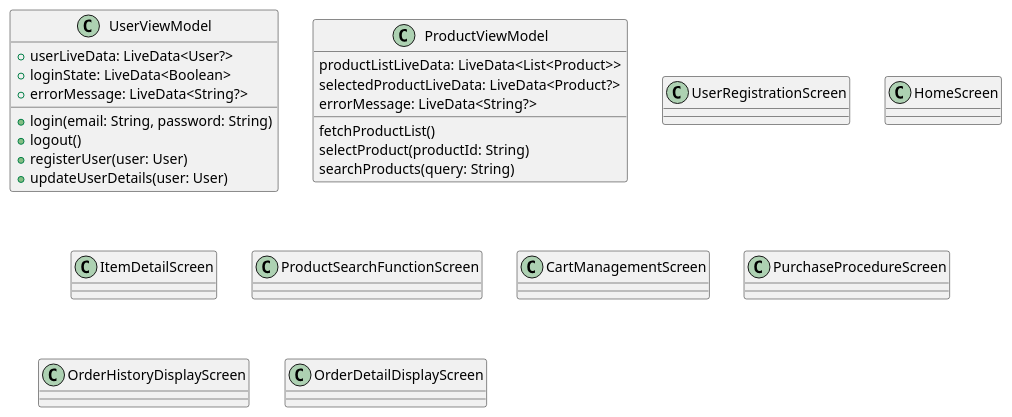
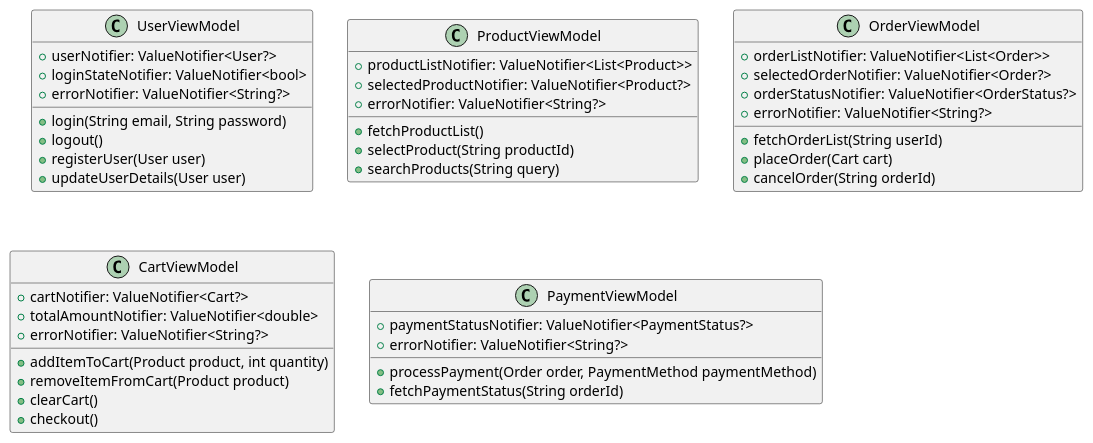
One commit to Shochan0713/UrbanStore changed the diagram in urbanstore/design/viewmodel/urbanstore.pu. Above: the diagram before and after it, drawn with PlantUML. The commit also changed 1 other file, not shown here.

Commit message:
クラス図の変更

```diff
--- a/urbanstore/design/viewmodel/urbanstore.pu
+++ b/urbanstore/design/viewmodel/urbanstore.pu
@@ -1,82 +1,93 @@
 @startuml urbanstore
 ' ----------
 ' ViewModel
 ' ----------
 ' ----------
-'  ユーザー関連ViewModel
+' ユーザー関連ViewModel
 ' ----------
 class UserViewModel {
-    ' ログイン中のユーザー情報を保持するLiveDate
-    + userLiveData: LiveData<User?>
-    ' ログイン状態を示すLiveData
-    + loginState: LiveData<Boolean>
-    ' エラーメッセージを保持するLiveData
-    + errorMessage: LiveData<String?>
-    ' ユーザー状態のログイン処理を行い、成功またh失敗をLiveDataで通知
-    + login(email: String, password: String)
+    ' ログイン中のユーザー情報を保持するValueNotifier
+    + userNotifier: ValueNotifier<User?>
+    ' ログイン状態を示すValueNotifier
+    + loginStateNotifier: ValueNotifier<bool>
+    ' エラーメッセージを保持するValueNotifier
+    + errorNotifier: ValueNotifier<String?>
+    ' ユーザー状態のログイン処理を行い、成功または失敗をValueNotifierで通知
+    + login(String email, String password)
     ' ユーザーログアウト処理を行い、ログイン状態を更新
     + logout()
     ' 新規ユーザーを登録する
-    + registerUser(user: User)
+    + registerUser(User user)
     ' ユーザー情報を更新する
-    + updateUserDetails(user: User)
+    + updateUserDetails(User user)
 }
 ' ----------
 ' 商品関連ViewModel
 ' ----------
 class ProductViewModel {
-    ' 商品リストを保持するLiveData
-    productListLiveData: LiveData<List<Product>>
-    ' 選択された商品の詳細を保持するLiveData
-    selectedProductLiveData: LiveData<Product?>
-    ' エラーメッセージを保持するLiveData
-    errorMessage: LiveData<String?>
-    ' 商品リストを取得し、LiveDataに更新
-    fetchProductList()
-    ' 指定された商品IDに基づき、商品詳細を取得してLiveDataに更新
-    selectProduct(productId: String)
+    ' 商品リストを保持するValueNotifier
+    + productListNotifier: ValueNotifier<List<Product>>
+    ' 選択された商品の詳細を保持するValueNotifier
+    + selectedProductNotifier: ValueNotifier<Product?>
+    ' エラーメッセージを保持するValueNotifier
+    + errorNotifier: ValueNotifier<String?>
+    ' 商品リストを取得し、ValueNotifierに更新
+    + fetchProductList()
+    ' 指定された商品IDに基づき、商品詳細を取得してValueNotifierに更新
+    + selectProduct(String productId)
     ' 検索クエリに基づき、商品をフィルタリング
-    searchProducts(query: String)
+    + searchProducts(String query)
 }
 ' ----------
-' ログアウト画面
+' 注文関連ViewModel
 ' ----------
-class UserRegistrationScreen
+class OrderViewModel {
+    ' ユーザーの注文リストを保持するValueNotifier
+    + orderListNotifier: ValueNotifier<List<Order>>
+    ' 選択された注文の詳細を保持するValueNotifier 
+    + selectedOrderNotifier: ValueNotifier<Order?>
+    ' 注文ステータスを保持するValueNotifier 
+    + orderStatusNotifier: ValueNotifier<OrderStatus?>
+    ' エラーメッセージを保持するValueNotifier
+    + errorNotifier: ValueNotifier<String?>
+    ' 指定されたユーザーIDに基づき、注文リストを取得 
+    + fetchOrderList(String userId)
+    ' カートの内容に基づき、注文を確定
+    + placeOrder(Cart cart)
+    ' 指定された注文をキャンセルし、ステータスを更新
+    + cancelOrder(String orderId)
+}
 ' ----------
-' ホーム画面
+' カート関連ViewModel
 ' ----------
-class HomeScreen
+class CartViewModel {
+    ' ユーザーのカート情報を保持するValueNotifier
+    + cartNotifier: ValueNotifier<Cart?>
+    ' カート内の総額を保持するValueNotifier
+    + totalAmountNotifier: ValueNotifier<double>
+    ' エラーメッセージを保持するValueNotifier
+    + errorNotifier: ValueNotifier<String?>
+    ' 指定された商品をカートに追加
+    + addItemToCart(Product product, int quantity)
+    ' カートから指定された商品を削除
+    + removeItemFromCart(Product product)
+    ' カートをクリア
+    + clearCart()
+    ' カート内の商品を注文処理に進む
+    + checkout()
+}
 ' ----------
-' 商品詳細表示画面
+' 支払い関連ViewModel
 ' ----------
-class ItemDetailScreen
-' ----------
-' 商品検索機能画面
-' ----------
-class ProductSearchFunctionScreen
-' ----------
-' カート管理画面
-' ----------
-class CartManagementScreen
-' ----------
-' 購入手続き画面
-' ----------
-class PurchaseProcedureScreen
-' ----------
-' カート管理画面
-' ----------
-class CartManagementScreen
-' ----------
-' 購入手続き画面
-' ----------
-class PurchaseProcedureScreen
-' ----------
-' 注文履歴表示画面
-' ----------
-class OrderHistoryDisplayScreen
-' ----------
-' 注文詳細表示画面
-' ----------
-class OrderDetailDisplayScreen
+class PaymentViewModel {
+    ' 支払いステータスを保持するValueNotifier
+    + paymentStatusNotifier: ValueNotifier<PaymentStatus?>
+    ' エラーメッセージを保持するValueNotifier
+    + errorNotifier: ValueNotifier<String?>
+    ' 指定された支払い方法で支払い処理を行う
+    + processPayment(Order order, PaymentMethod paymentMethod)
+    ' 指定された注文IDに基づき、支払いステータスを取得
+    + fetchPaymentStatus(String orderId)
+}
 
 @enduml
```
